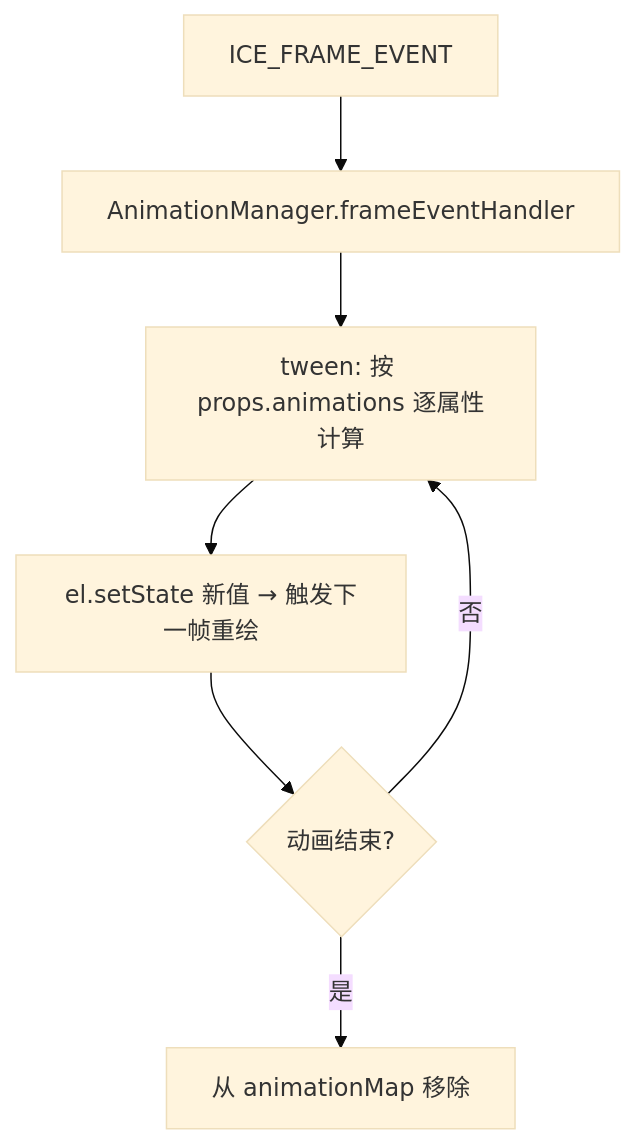
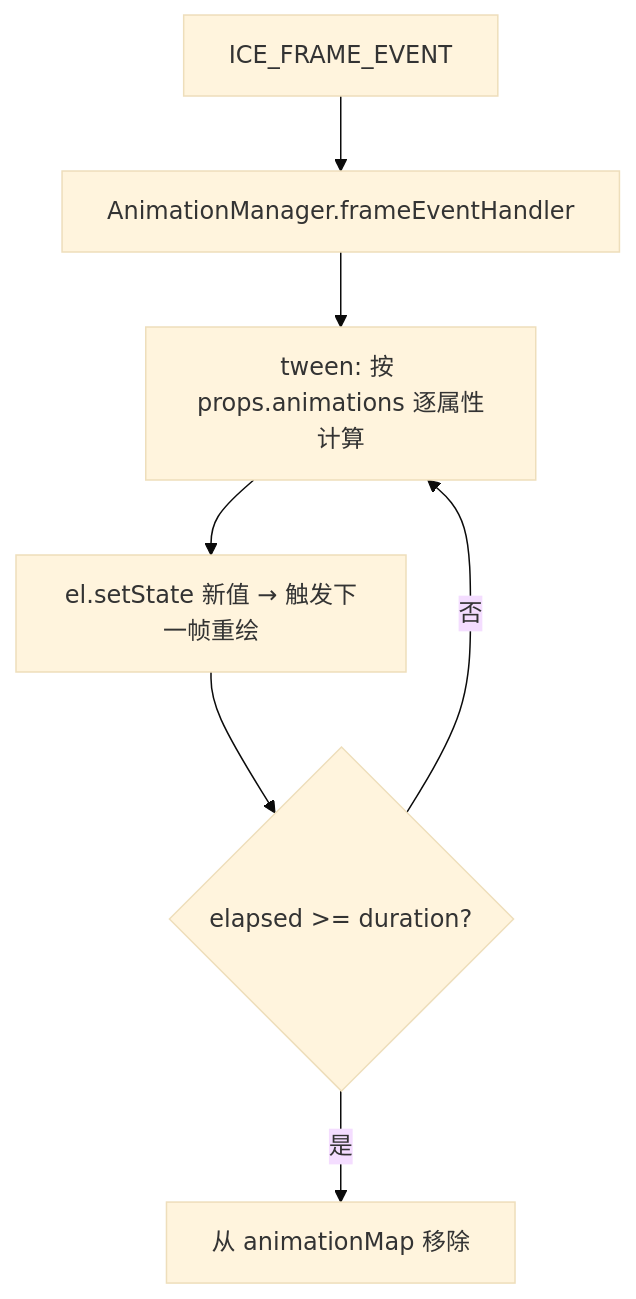
One commit to ice-render/ice-render changed the second of 2 diagrams in docs/architecture/07-interaction-animation.md. Above: the diagram before and after it, drawn with Mermaid (base theme). The commit also changed other lines of this file and 12 other files, not shown here.

````diff
--- a/docs/architecture/07-interaction-animation.md
+++ b/docs/architecture/07-interaction-animation.md
@@ -39,9 +39,9 @@
 ```mermaid
 graph TD
     FR[ICE_FRAME_EVENT] --> AM[AnimationManager.frameEventHandler]
     AM --> TW[tween: 按 props.animations 逐属性计算]
     TW --> SET[el.setState 新值 → 触发下一帧重绘]
-    SET --> DONE{动画结束?}
+    SET --> DONE{elapsed >= duration?}
     DONE -- 是 --> RM[从 animationMap 移除]
     DONE -- 否 --> TW
 ```
````
